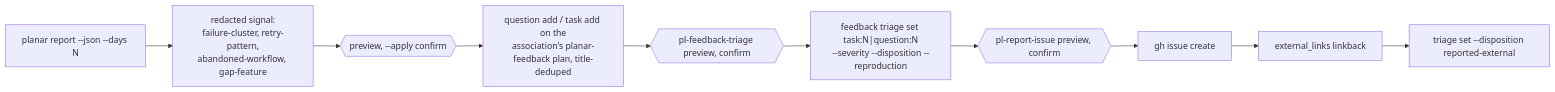
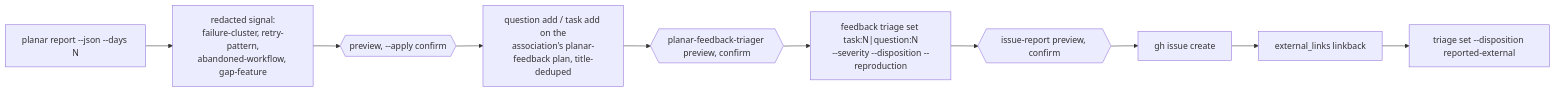
Before and after one commit to rdrsss/planar: diagram 28 of 30 in docs/lifecycles.md, drawn with Mermaid. The commit also changed other lines of this file and 6 other files, not shown here.

````diff
--- a/docs/lifecycles.md
+++ b/docs/lifecycles.md
@@ -869,11 +869,11 @@
 ```mermaid
 flowchart LR
     I1[planar report --json --days N] --> I2[redacted signal:<br/>failure-cluster, retry-pattern,<br/>abandoned-workflow, gap-feature]
     I2 --> I3{{preview, --apply confirm}}
     I3 --> I4[question add / task add on the<br/>association's planar-feedback plan, title-deduped]
-    I4 --> T1{{pl-feedback-triage preview, confirm}}
+    I4 --> T1{{planar-feedback-triager preview, confirm}}
     T1 --> T2["feedback triage set task:N|question:N<br/>--severity --disposition --reproduction"]
-    T2 --> R1{{pl-report-issue preview, confirm}}
+    T2 --> R1{{issue-report preview, confirm}}
     R1 --> R2[gh issue create] --> R3[external_links linkback]
     R3 --> T3[triage set --disposition reported-external]
 ```
````
